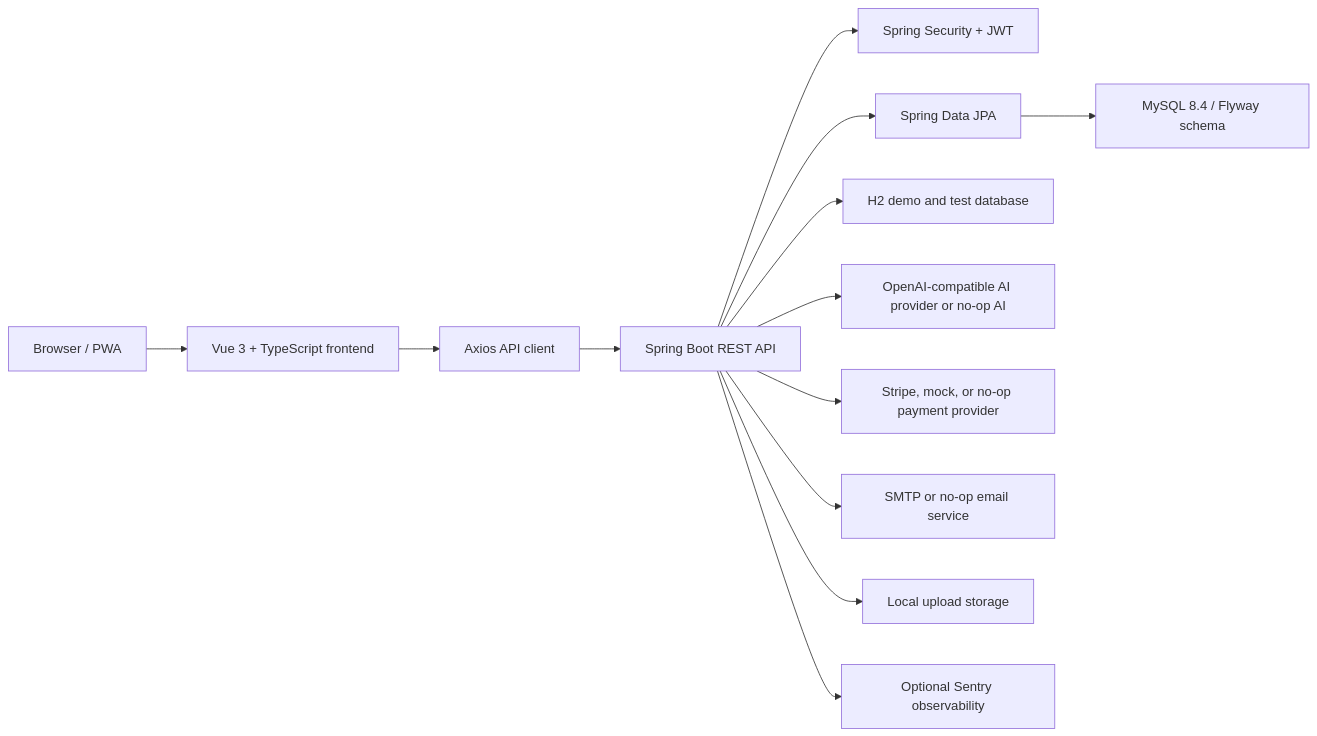
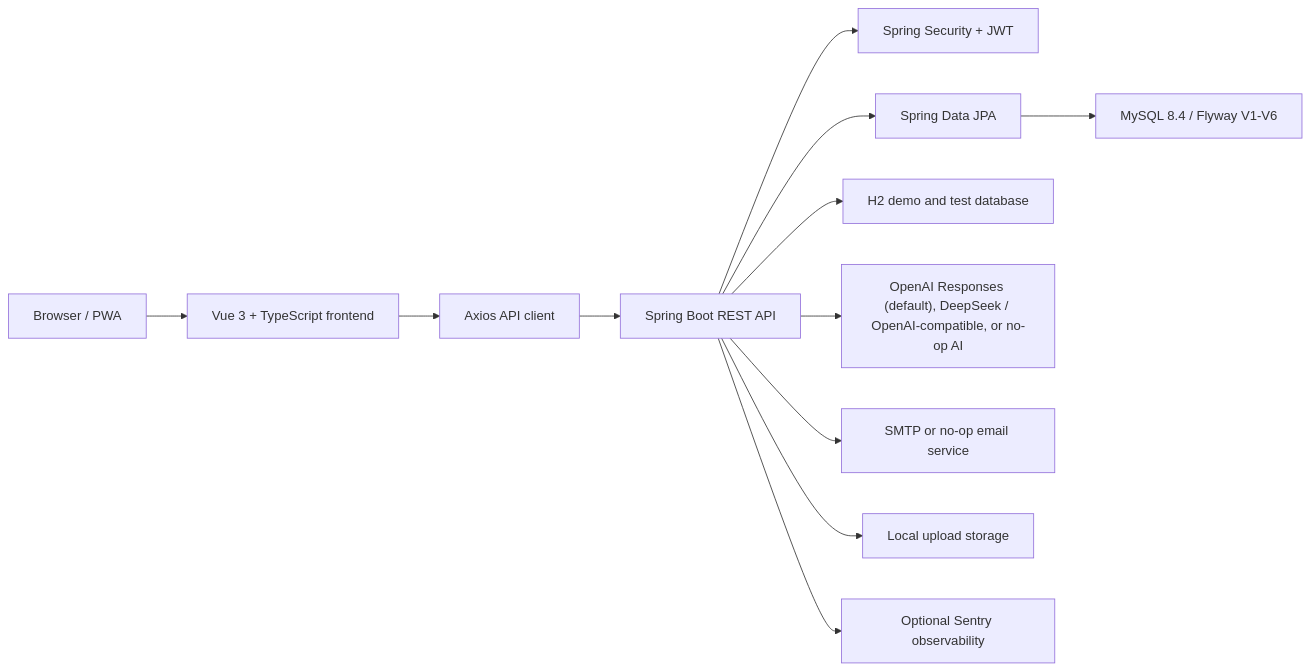
One commit to 218451LIJIAQI/AI-Powered-Interactive-Chinese-Learning-Platform-for-Young-Learners changed the diagram in README.md. Above: the diagram before and after it, drawn with Mermaid. The commit also changed other lines of this file and 755 other files, not shown here.

````diff
--- a/README.md
+++ b/README.md
@@ -108,15 +188,14 @@
 ```mermaid
 flowchart LR
   Browser["Browser / PWA"] --> Vue["Vue 3 + TypeScript frontend"]
   Vue --> Axios["Axios API client"]
   Axios --> Spring["Spring Boot REST API"]
   Spring --> Security["Spring Security + JWT"]
   Spring --> Jpa["Spring Data JPA"]
-  Jpa --> MySQL["MySQL 8.4 / Flyway schema"]
+  Jpa --> MySQL["MySQL 8.4 / Flyway V1-V6"]
   Spring --> H2["H2 demo and test database"]
-  Spring --> AI["OpenAI-compatible AI provider or no-op AI"]
-  Spring --> Payment["Stripe, mock, or no-op payment provider"]
+  Spring --> AI["OpenAI Responses (default), DeepSeek / OpenAI-compatible, or no-op AI"]
   Spring --> Mail["SMTP or no-op email service"]
   Spring --> Storage["Local upload storage"]
   Spring --> Sentry["Optional Sentry observability"]
 ```
````
